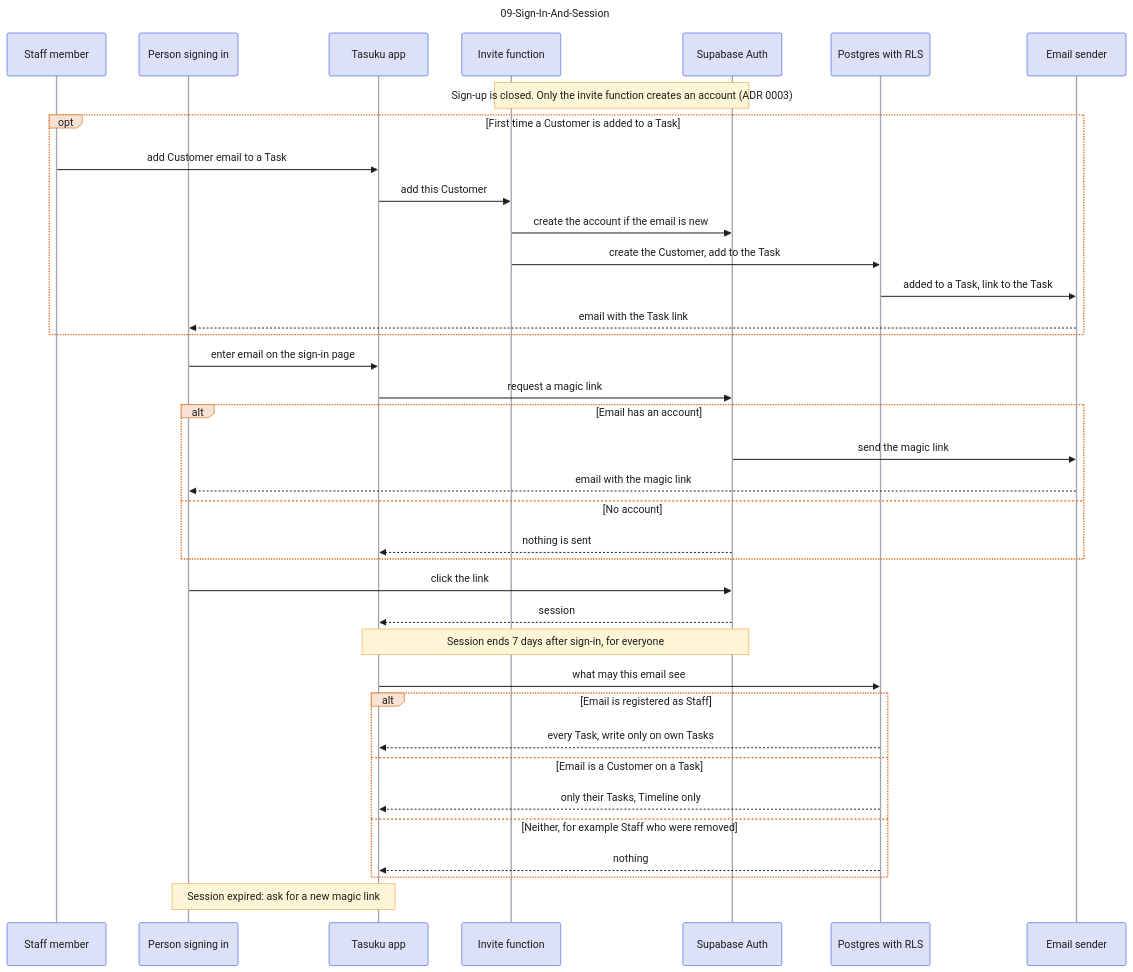
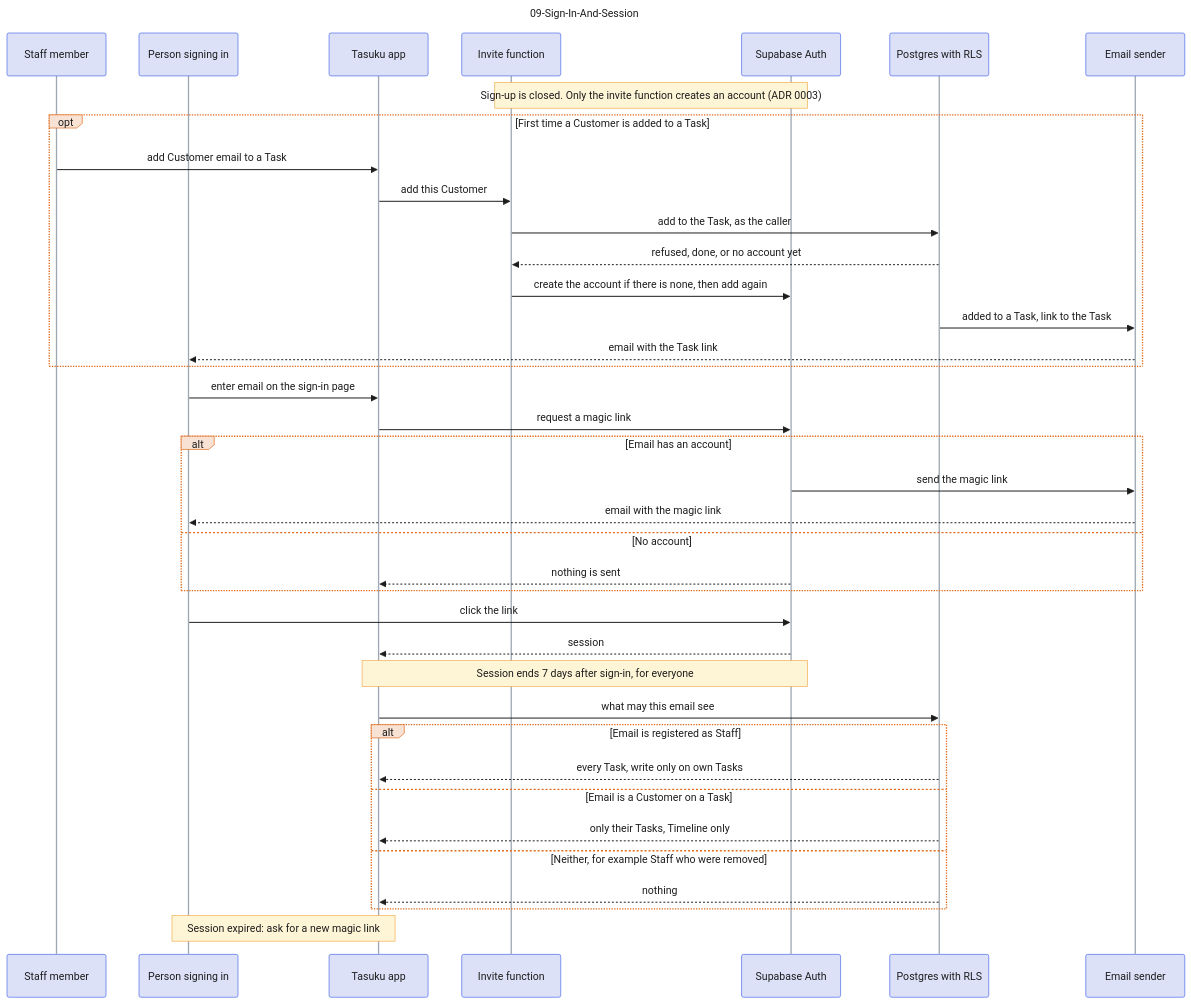
One commit to jedt3d/tasuku changed the diagram in docs/diagram/09-Sign-In-And-Session.md. Above: the diagram before and after it, drawn with Mermaid. The commit also changed other lines of this file and 8 other files, not shown here.

Commit message:
docs: sync the diagrams with Customers and Organizations (#7)

```diff
--- a/docs/diagram/09-Sign-In-And-Session.md
+++ b/docs/diagram/09-Sign-In-And-Session.md
@@ -90,8 +90,9 @@
   opt First time a Customer is added to a Task
     Staff->>App: add Customer email to a Task
     App->>Fn: add this Customer
-    Fn->>Auth: create the account if the email is new
-    Fn->>DB: create the Customer, add to the Task
+    Fn->>DB: add to the Task, as the caller
+    DB-->>Fn: refused, done, or no account yet
+    Fn->>Auth: create the account if there is none, then add again
     DB->>Mail: added to a Task, link to the Task
     Mail-->>P: email with the Task link
   end
```
